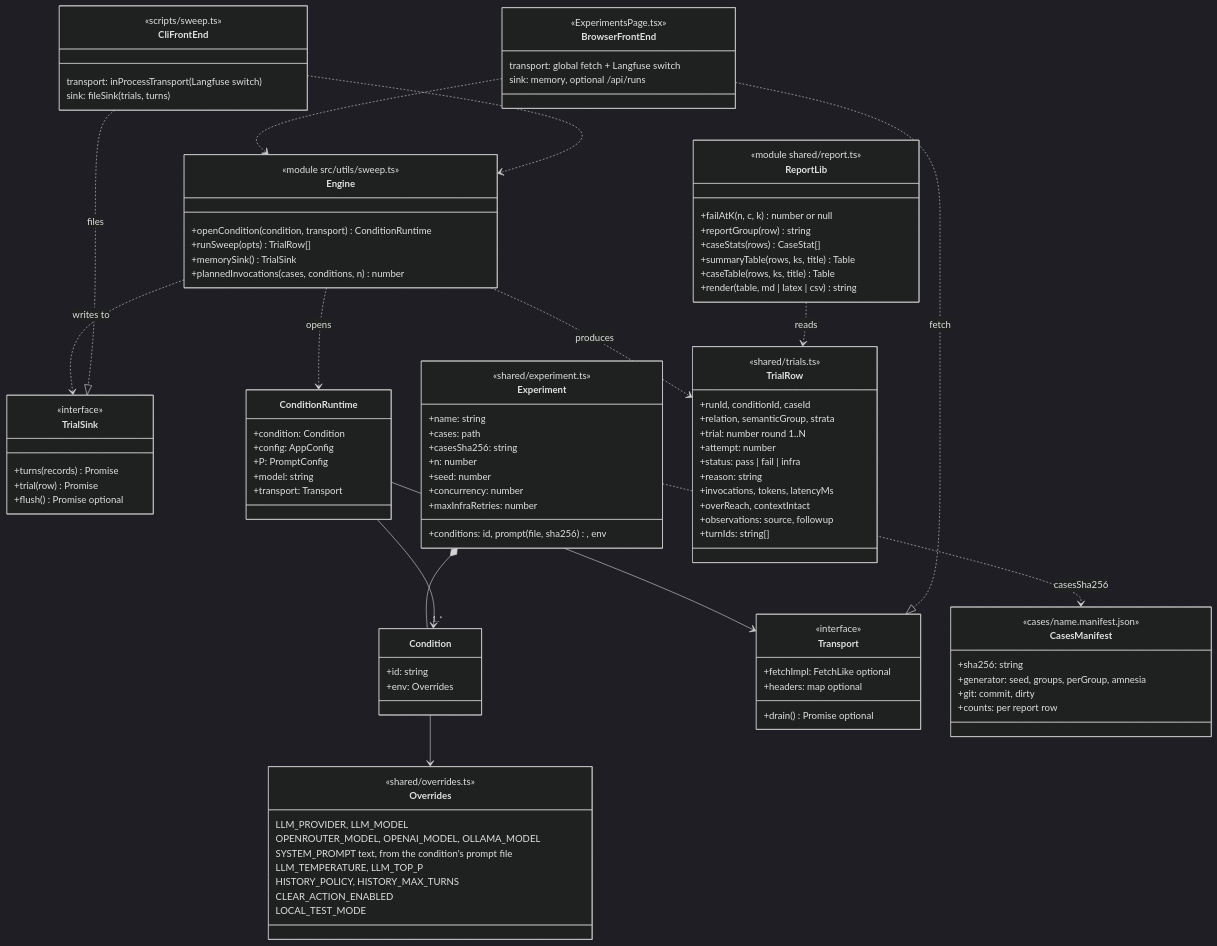
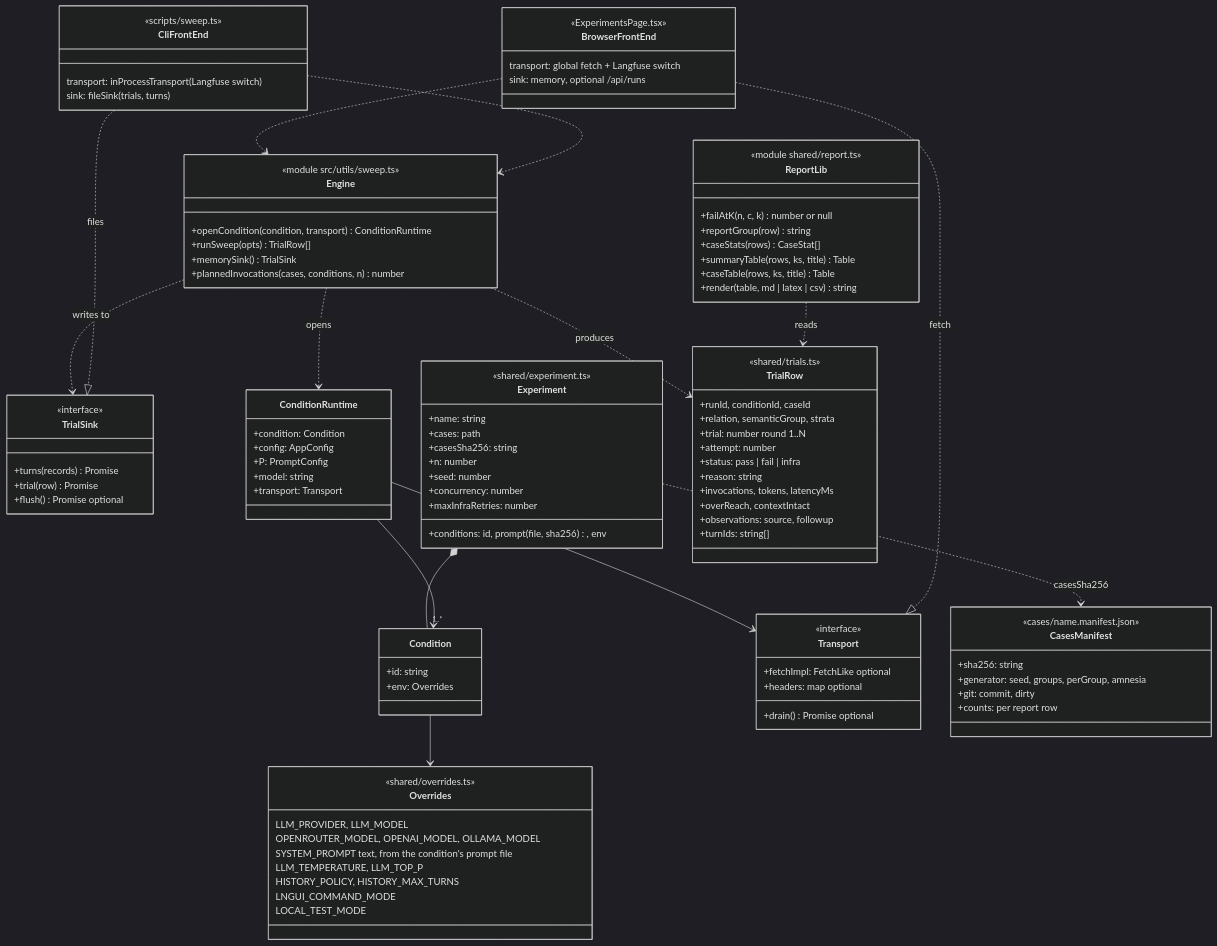
One commit to ninadpchaudhari/LNGUI---Ecommerce changed the sixth of 16 diagrams in docs/uml.md. Above: the diagram before and after it, drawn with Mermaid (dark theme). The commit also changed other lines of this file and 36 other files, not shown here.

```diff
--- a/docs/uml.md
+++ b/docs/uml.md
@@ -431,7 +431,7 @@
     SYSTEM_PROMPT  text, from the condition's prompt file
     LLM_TEMPERATURE, LLM_TOP_P
     HISTORY_POLICY, HISTORY_MAX_TURNS
-    CLEAR_ACTION_ENABLED
+    LNGUI_COMMAND_MODE
     LOCAL_TEST_MODE
   }
   class Transport {
```
